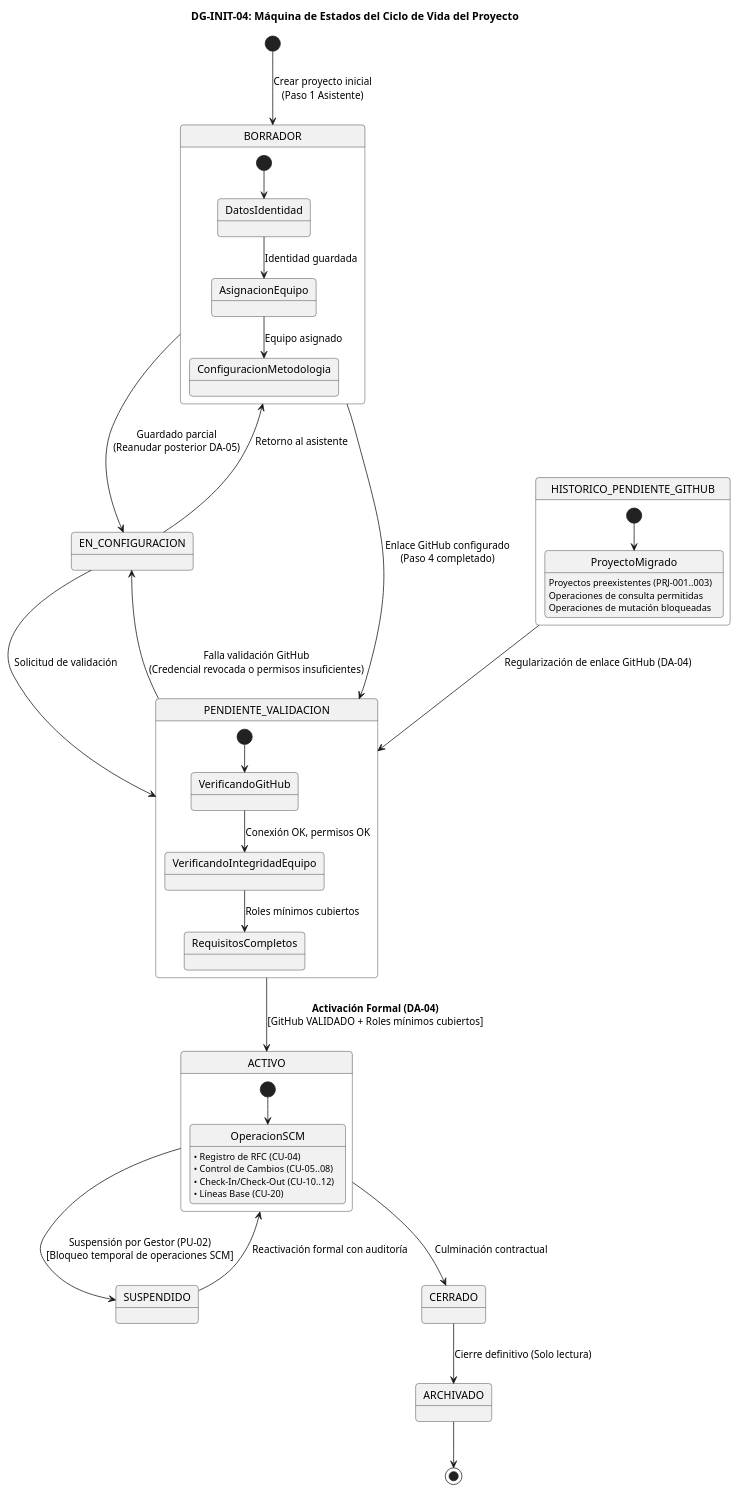
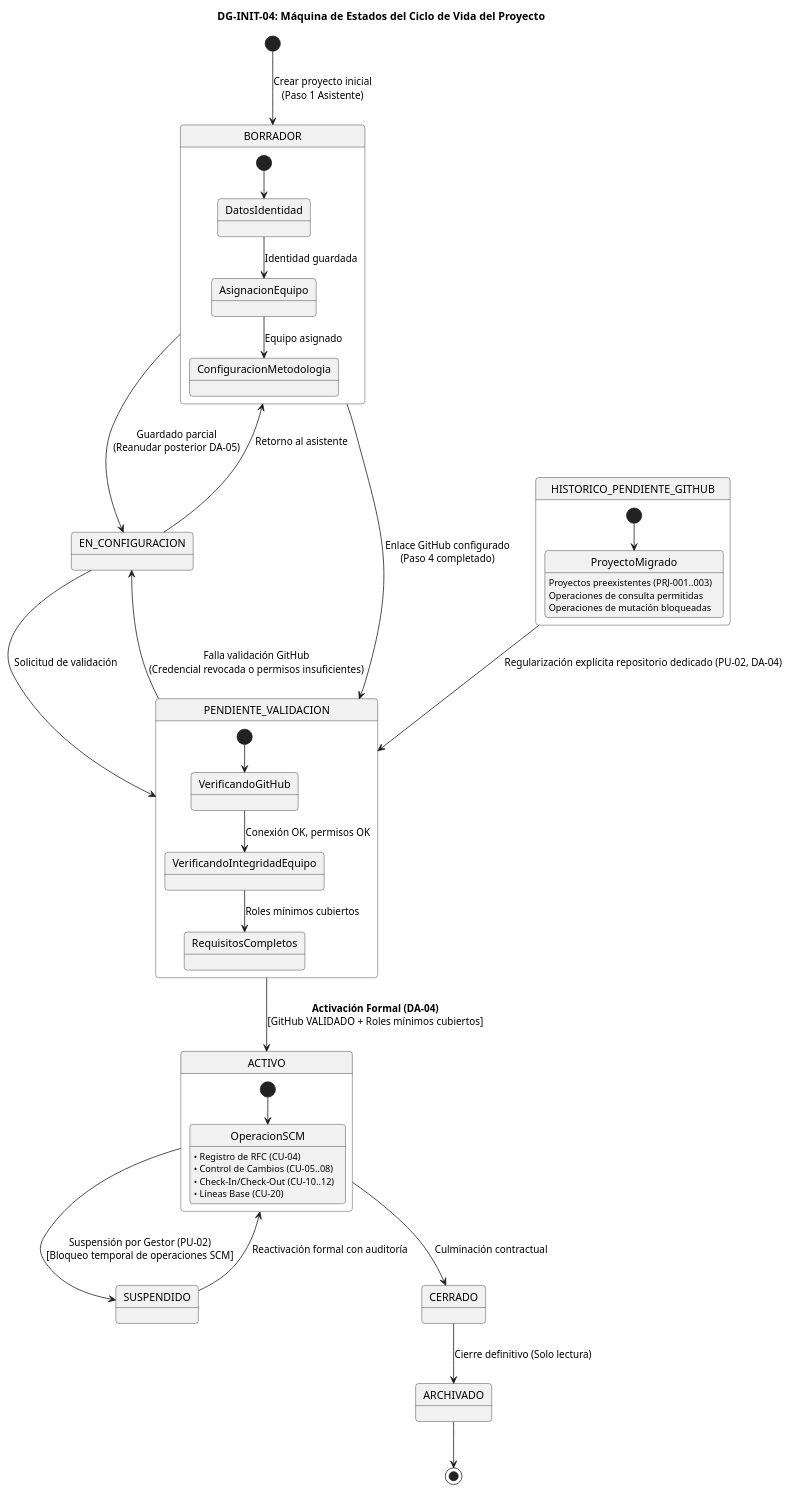
One commit to JMedina255/TraceFlow changed the diagram in docs/assets/diagramas/plantuml/diseno/DG-INIT-04.puml. Above: the diagram before and after it, drawn with PlantUML. The commit also changed 12 other files, not shown here.

```diff
--- a/docs/assets/diagramas/plantuml/diseno/DG-INIT-04.puml
+++ b/docs/assets/diagramas/plantuml/diseno/DG-INIT-04.puml
@@ -1,52 +1,52 @@
 @startuml
 skinparam shadowing false
 skinparam roundcorner 8
 skinparam defaultFontName Arial
 
 title <b>DG-INIT-04: Máquina de Estados del Ciclo de Vida del Proyecto</b>
 
 [*] --> BORRADOR : Crear proyecto inicial\n(Paso 1 Asistente)
 
 state BORRADOR {
     [*] --> DatosIdentidad
     DatosIdentidad --> AsignacionEquipo : Identidad guardada
     AsignacionEquipo --> ConfiguracionMetodologia : Equipo asignado
 }
 
 BORRADOR --> EN_CONFIGURACION : Guardado parcial\n(Reanudar posterior DA-05)
 EN_CONFIGURACION --> BORRADOR : Retorno al asistente
 
 BORRADOR --> PENDIENTE_VALIDACION : Enlace GitHub configurado\n(Paso 4 completado)
 EN_CONFIGURACION --> PENDIENTE_VALIDACION : Solicitud de validación
 
 state PENDIENTE_VALIDACION {
     [*] --> VerificandoGitHub
     VerificandoGitHub --> VerificandoIntegridadEquipo : Conexión OK, permisos OK
     VerificandoIntegridadEquipo --> RequisitosCompletos : Roles mínimos cubiertos
 }
 
 PENDIENTE_VALIDACION --> EN_CONFIGURACION : Falla validación GitHub\n(Credencial revocada o permisos insuficientes)
 
 PENDIENTE_VALIDACION --> ACTIVO : <b>Activación Formal (DA-04)</b>\n[GitHub VALIDADO + Roles mínimos cubiertos]
 
 state ACTIVO {
     [*] --> OperacionSCM
     OperacionSCM : • Registro de RFC (CU-04)\n• Control de Cambios (CU-05..08)\n• Check-In/Check-Out (CU-10..12)\n• Líneas Base (CU-20)
 }
 
 ACTIVO --> SUSPENDIDO : Suspensión por Gestor (PU-02)\n[Bloqueo temporal de operaciones SCM]
 SUSPENDIDO --> ACTIVO : Reactivación formal con auditoría
 
 ACTIVO --> CERRADO : Culminación contractual
 CERRADO --> ARCHIVADO : Cierre definitivo (Solo lectura)
 
 state HISTORICO_PENDIENTE_GITHUB {
     [*] --> ProyectoMigrado
     ProyectoMigrado : Proyectos preexistentes (PRJ-001..003)\nOperaciones de consulta permitidas\nOperaciones de mutación bloqueadas
 }
 
-HISTORICO_PENDIENTE_GITHUB --> PENDIENTE_VALIDACION : Regularización de enlace GitHub (DA-04)
+HISTORICO_PENDIENTE_GITHUB --> PENDIENTE_VALIDACION : Regularización explícita repositorio dedicado (PU-02, DA-04)
 
 ARCHIVADO --> [*]
 
 @enduml
```
